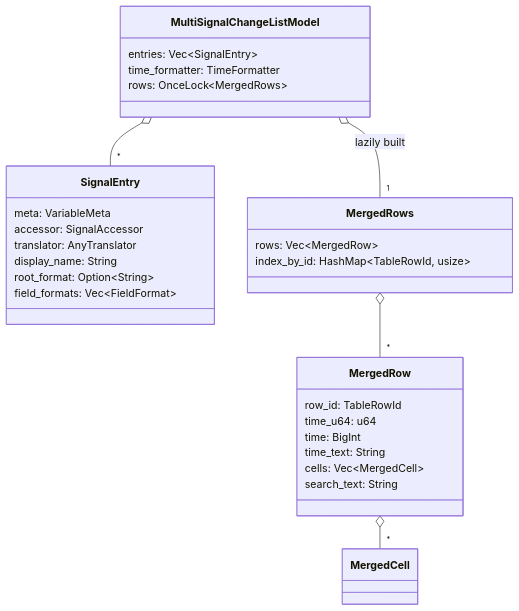
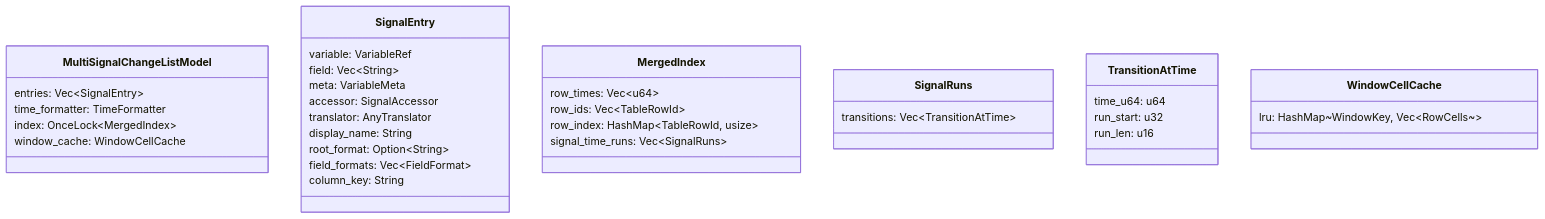
One commit to ripopov/surfer changed the second of 3 diagrams in MultiSignalChangeList.md. Above: the diagram before and after it, drawn with Mermaid. The commit also changed other lines of this file, not shown here.

Commit message:
Refine sparse multi-signal change list spec

````diff
--- a/MultiSignalChangeList.md
+++ b/MultiSignalChangeList.md
@@ -37,32 +69,37 @@
 ```mermaid
 classDiagram
     class MultiSignalChangeListModel {
         entries: Vec~SignalEntry~
         time_formatter: TimeFormatter
-        rows: OnceLock~MergedRows~
+        index: OnceLock~MergedIndex~
+        window_cache: WindowCellCache
     }
     class SignalEntry {
+        variable: VariableRef
+        field: Vec~String~
         meta: VariableMeta
         accessor: SignalAccessor
         translator: AnyTranslator
         display_name: String
         root_format: Option~String~
         field_formats: Vec~FieldFormat~
+        column_key: String
     }
-    class MergedRows {
-        rows: Vec~MergedRow~
-        index_by_id: HashMap~TableRowId, usize~
+    class MergedIndex {
+        row_times: Vec~u64~
+        row_ids: Vec~TableRowId~
+        row_index: HashMap~TableRowId, usize~
+        signal_time_runs: Vec~SignalRuns~
     }
-    class MergedRow {
-        row_id: TableRowId
+    class SignalRuns {
+        transitions: Vec~TransitionAtTime~
+    }
+    class TransitionAtTime {
         time_u64: u64
-        time: BigInt
-        time_text: String
-        cells: Vec~MergedCell~
-        search_text: String
+        run_start: u32
+        run_len: u16
     }
-    MultiSignalChangeListModel o-- "*" SignalEntry
-    MultiSignalChangeListModel o-- "1" MergedRows : lazily built
-    MergedRows o-- "*" MergedRow
-    MergedRow o-- "*" MergedCell
+    class WindowCellCache {
+        lru: HashMap~WindowKey, Vec~RowCells~~
+    }
 ```
````
